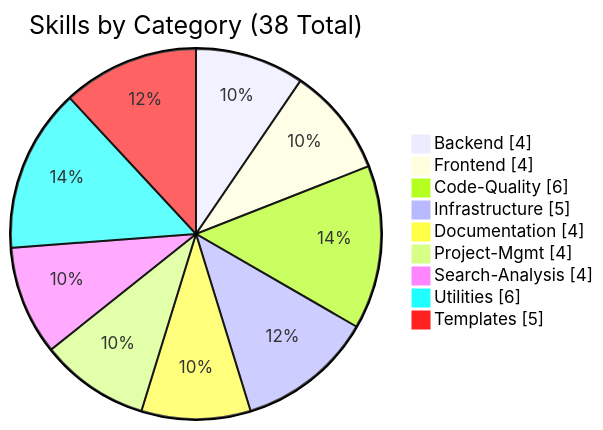
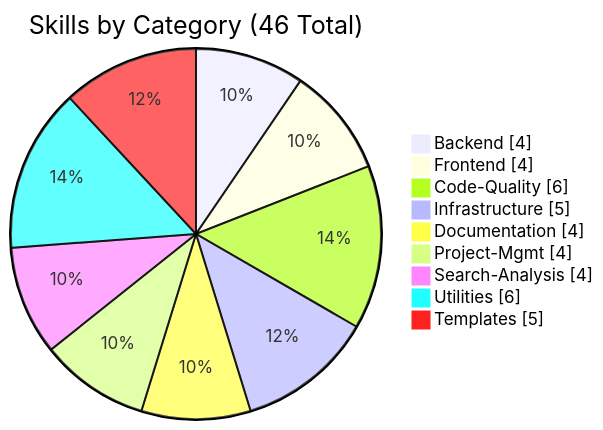
The third of 6 diagrams in README.md (supercent-io/skills-template), drawn with Mermaid before and after one commit. The commit also changed other lines of this file and 3 other files, not shown here.

````diff
--- a/README.md
+++ b/README.md
@@ -130,13 +160,13 @@
 ```mermaid
 pie showData
-    title Skills by Category (38 Total)
+    title Skills by Category (46 Total)
     "Backend" : 4
     "Frontend" : 4
     "Code-Quality" : 6
     "Infrastructure" : 5
     "Documentation" : 4
     "Project-Mgmt" : 4
     "Search-Analysis" : 4
     "Utilities" : 6
     "Templates" : 5
 ```
````
